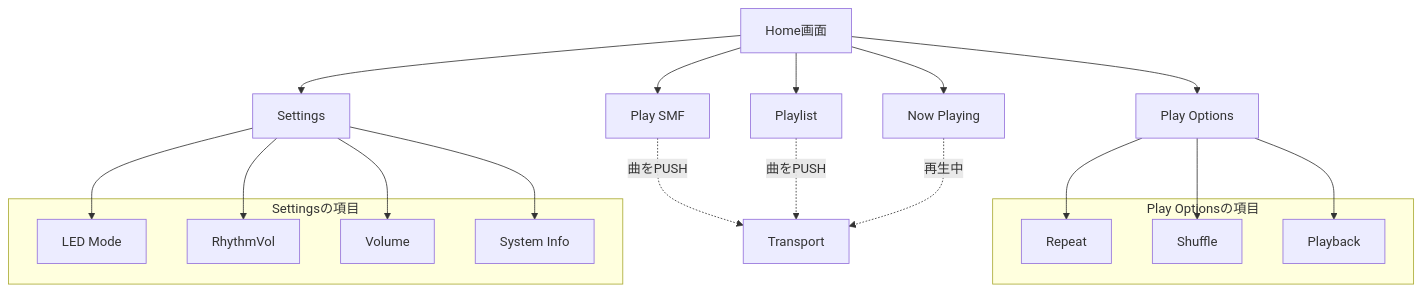
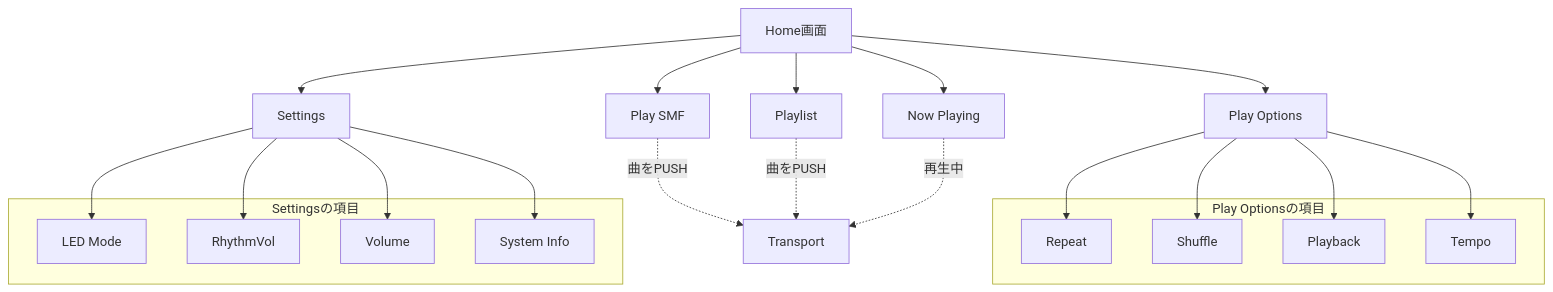
One commit to 46nori/FMSynthEnsembleV3 changed the third of 4 diagrams in doc/design_display_menu.md. Above: the diagram before and after it, drawn with Mermaid. The commit also changed other lines of this file and 5 other files, not shown here.

````diff
--- a/doc/design_display_menu.md
+++ b/doc/design_display_menu.md
@@ -281,32 +281,34 @@
 ```mermaid
 flowchart TD
     Root["Home画面"] --> NowPlaying["Now Playing"]
     Root --> PlaySmf["Play SMF"]
     Root --> Playlist["Playlist"]
     Root --> PlayOptions["Play Options"]
     Root --> Settings["Settings"]
 
     subgraph PlayOptionsItems["Play Optionsの項目"]
         Repeat["Repeat"]
         Shuffle["Shuffle"]
         Playback["Playback"]
+        DefTempo["Tempo"]
     end
     subgraph SettingsItems["Settingsの項目"]
         LedMode["LED Mode"]
         RhythmVol["RhythmVol"]
         Volume["Volume"]
         SysInfo["System Info"]
     end
 
     PlayOptions --> Repeat
     PlayOptions --> Shuffle
     PlayOptions --> Playback
+    PlayOptions --> DefTempo
     Settings --> LedMode
     Settings --> RhythmVol
     Settings --> Volume
     Settings --> SysInfo
 
     PlaySmf -. "曲をPUSH" .-> Transport["Transport"]
     Playlist -. "曲をPUSH" .-> Transport
     NowPlaying -. "再生中" .-> Transport
 ```
````
